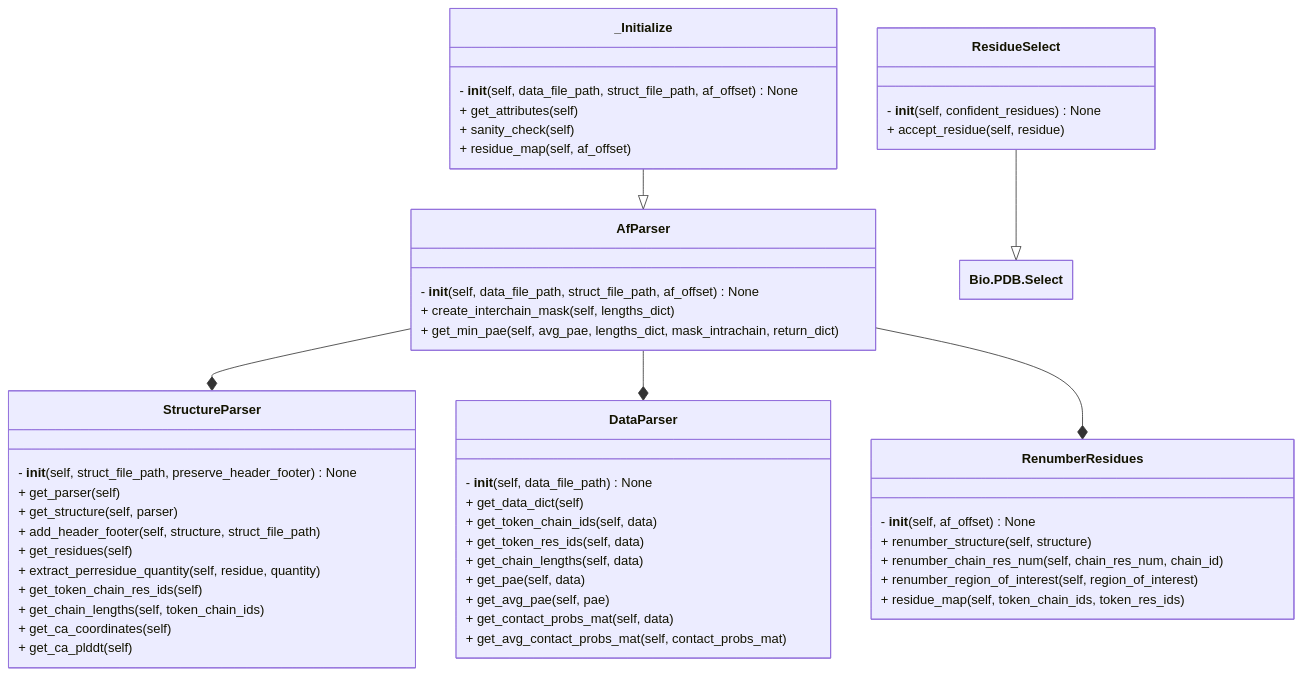
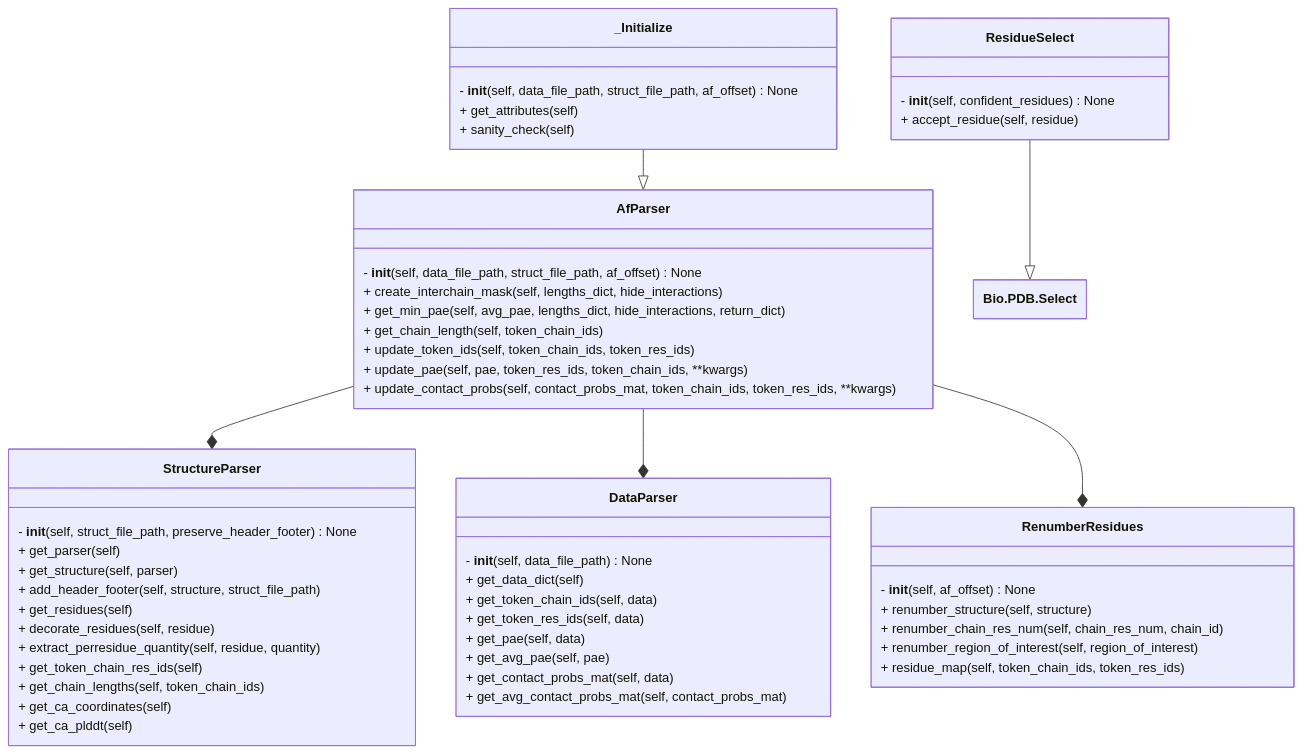
One commit to isblab/IMP_Toolbox changed the diagram in docs/af_pipeline/Parser.md. Above: the diagram before and after it, drawn with Mermaid.

````diff
--- a/docs/af_pipeline/Parser.md
+++ b/docs/af_pipeline/Parser.md
@@ -9,65 +9,68 @@
 ```mermaid
 ---
 config:
     class:
         hideEmptyMembersBox: true
 ---
 classDiagram
     class ResidueSelect {
         - __init__(self, confident_residues) None
         + accept_residue(self, residue)
     }
 
     class AfParser {
         - __init__(self, data_file_path, struct_file_path, af_offset) None
-        + create_interchain_mask(self, lengths_dict)
-        + get_min_pae(self, avg_pae, lengths_dict, mask_intrachain, return_dict)
+        + create_interchain_mask(self, lengths_dict, hide_interactions)
+        + get_min_pae(self, avg_pae, lengths_dict, hide_interactions, return_dict)
+        + get_chain_length(self, token_chain_ids)
+        + update_token_ids(self, token_chain_ids, token_res_ids)
+        + update_pae(self, pae, token_res_ids, token_chain_ids, **kwargs)
+        + update_contact_probs(self, contact_probs_mat, token_chain_ids, token_res_ids, **kwargs)
     }
 
     class DataParser {
         - __init__(self, data_file_path) None
         + get_data_dict(self)
         + get_token_chain_ids(self, data)
         + get_token_res_ids(self, data)
-        + get_chain_lengths(self, data)
         + get_pae(self, data)
         + get_avg_pae(self, pae)
         + get_contact_probs_mat(self, data)
         + get_avg_contact_probs_mat(self, contact_probs_mat)
     }
 
     class StructureParser {
         - __init__(self, struct_file_path, preserve_header_footer) None
         + get_parser(self)
         + get_structure(self, parser)
         + add_header_footer(self, structure, struct_file_path)
         + get_residues(self)
+        + decorate_residues(self, residue)
         + extract_perresidue_quantity(self, residue, quantity)
         + get_token_chain_res_ids(self)
         + get_chain_lengths(self, token_chain_ids)
         + get_ca_coordinates(self)
         + get_ca_plddt(self)
     }
 
     class RenumberResidues {
         - __init__(self, af_offset) None
         + renumber_structure(self, structure)
         + renumber_chain_res_num(self, chain_res_num, chain_id)
         + renumber_region_of_interest(self, region_of_interest)
         + residue_map(self, token_chain_ids, token_res_ids)
     }
 
     ResidueSelect --|> `Bio.PDB.Select`
 
     class _Initialize {
         - __init__(self, data_file_path, struct_file_path, af_offset) None
         + get_attributes(self)
         + sanity_check(self)
-        + residue_map(self, af_offset)
     }
 
     _Initialize --|> `AfParser`
     `AfParser` --* `StructureParser`
     `AfParser` --* `DataParser`
     `AfParser` --* `RenumberResidues`
 ```
````
